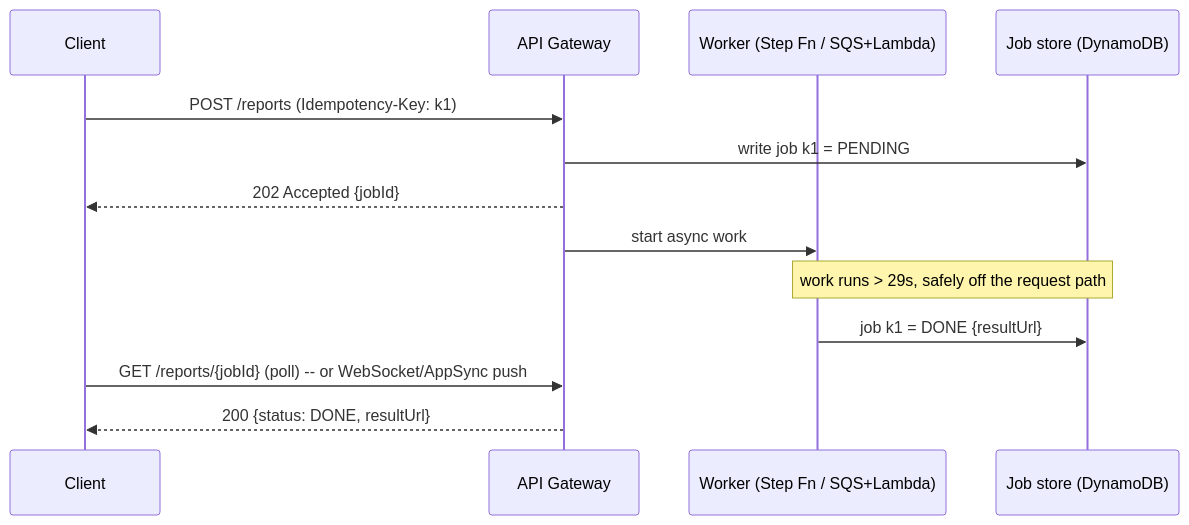
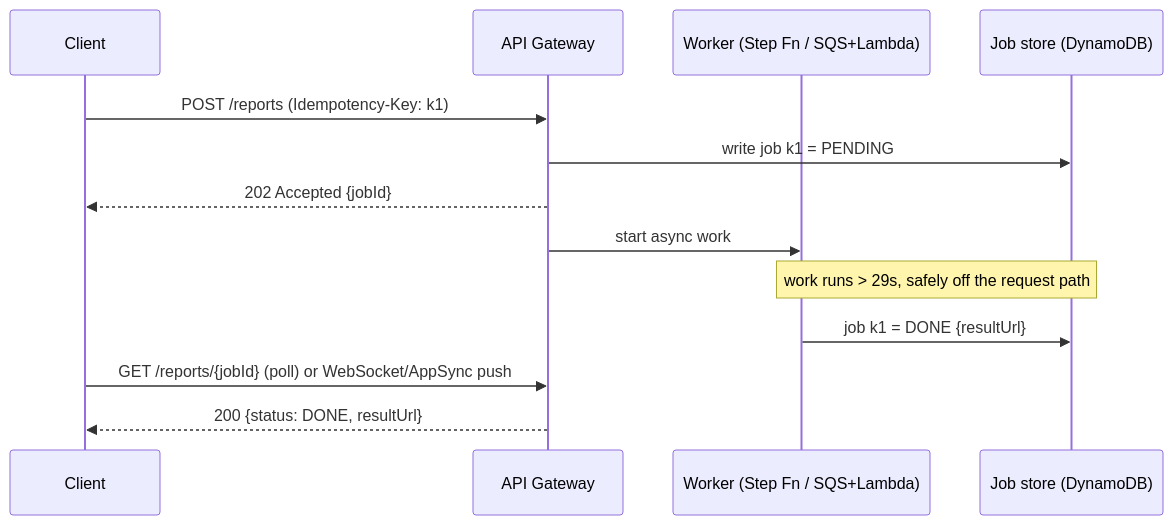
Before and after one commit to PaulSayantan/grokking-interview: the first of 2 diagrams in topics/system-design/aws-api-layer-apigateway-appsync/concepts.md, drawn with Mermaid. The commit also changed other lines of this file and 61 other files, not shown here.

````diff
--- a/topics/system-design/aws-api-layer-apigateway-appsync/concepts.md
+++ b/topics/system-design/aws-api-layer-apigateway-appsync/concepts.md
@@ -100,15 +99,15 @@
 ```mermaid
 sequenceDiagram
-    participant C as Client
-    participant G as API Gateway
-    participant W as Worker (Step Fn / SQS+Lambda)
-    participant S as Job store (DynamoDB)
-    C->>G: POST /reports (Idempotency-Key: k1)
-    G->>S: write job k1 = PENDING
-    G-->>C: 202 Accepted {jobId}
-    G->>W: start async work
-    Note over W,S: work runs > 29s, safely off the request path
-    W->>S: job k1 = DONE {resultUrl}
-    C->>G: GET /reports/{jobId} (poll)  -- or WebSocket/AppSync push
-    G-->>C: 200 {status: DONE, resultUrl}
+    participant C as Client;
+    participant G as API Gateway;
+    participant W as Worker (Step Fn / SQS+Lambda);
+    participant S as Job store (DynamoDB);
+    C->>G: POST /reports (Idempotency-Key: k1);
+    G->>S: write job k1 = PENDING;
+    G-->>C: 202 Accepted {jobId};
+    G->>W: start async work;
+    Note over W,S: work runs > 29s, safely off the request path;
+    W->>S: job k1 = DONE {resultUrl};
+    C->>G: GET /reports/{jobId} (poll) or WebSocket/AppSync push;
+    G-->>C: 200 {status: DONE, resultUrl};
 ```
````
